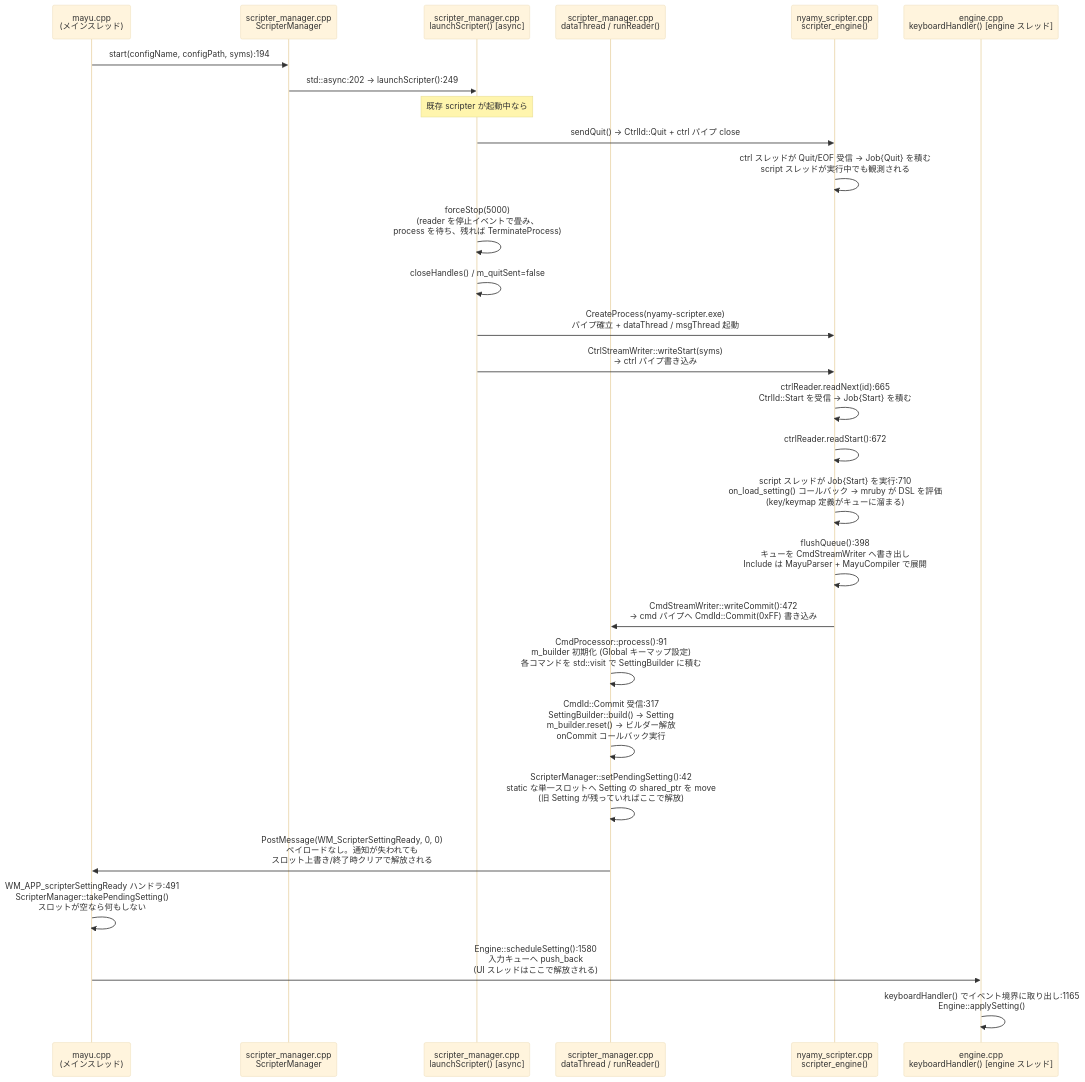
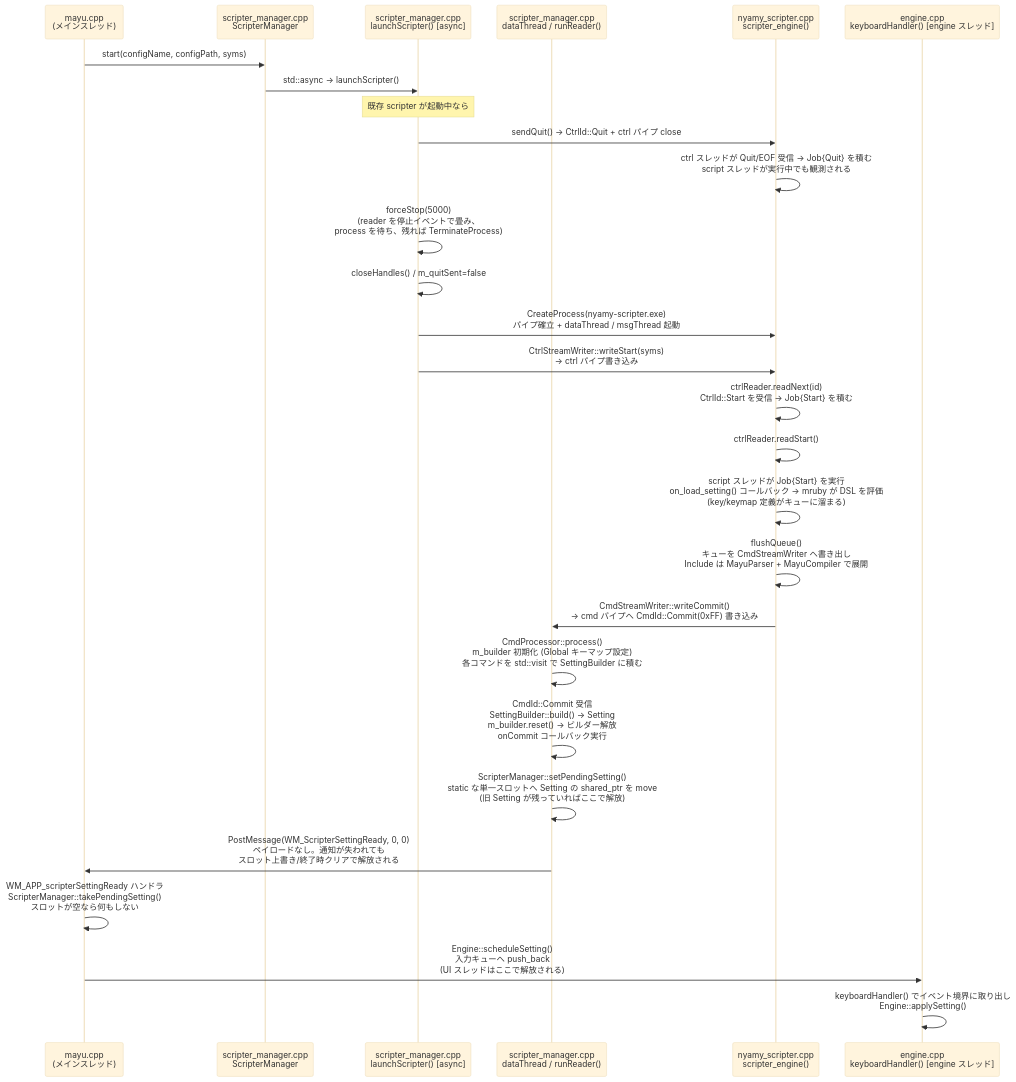
The third of 7 diagrams in doc/event-flow.md (vmi/nyamy), drawn with Mermaid (base theme) before and after one commit. The commit also changed other lines of this file and 6 other files, not shown here.

````diff
--- a/doc/event-flow.md
+++ b/doc/event-flow.md
@@ -226,40 +226,40 @@
 ```mermaid
 ---
 config:
   layout: elk
 ---
 sequenceDiagram
     participant mayu as mayu.cpp<br/>(メインスレッド)
     participant sm as scripter_manager.cpp<br/>ScripterManager
     participant async as scripter_manager.cpp<br/>launchScripter() [async]
     participant dt as scripter_manager.cpp<br/>dataThread / runReader()
     participant sc as nyamy_scripter.cpp<br/>scripter_engine()
     participant eng as engine.cpp<br/>keyboardHandler() [engine スレッド]
 
-    mayu->>sm: start(configName, configPath, syms):194
-    sm->>async: std::async:202 → launchScripter():249
+    mayu->>sm: start(configName, configPath, syms)
+    sm->>async: std::async → launchScripter()
 
     Note over async: 既存 scripter が起動中なら
     async->>sc: sendQuit() → CtrlId::Quit + ctrl パイプ close
     sc->>sc: ctrl スレッドが Quit/EOF 受信 → Job{Quit} を積む<br/>script スレッドが実行中でも観測される
     async->>async: forceStop(5000)<br/>(reader を停止イベントで畳み、<br/>process を待ち、残れば TerminateProcess)
     async->>async: closeHandles() / m_quitSent=false
 
     async->>sc: CreateProcess(nyamy-scripter.exe)<br/>パイプ確立 + dataThread / msgThread 起動
     async->>sc: CtrlStreamWriter::writeStart(syms)<br/>→ ctrl パイプ書き込み
 
-    sc->>sc: ctrlReader.readNext(id):665<br/>CtrlId::Start を受信 → Job{Start} を積む
-    sc->>sc: ctrlReader.readStart():672
-    sc->>sc: script スレッドが Job{Start} を実行:710<br/>on_load_setting() コールバック → mruby が DSL を評価<br/>(key/keymap 定義がキューに溜まる)
-    sc->>sc: flushQueue():398<br/>キューを CmdStreamWriter へ書き出し<br/>Include は MayuParser + MayuCompiler で展開
-    sc->>dt: CmdStreamWriter::writeCommit():472<br/>→ cmd パイプへ CmdId::Commit(0xFF) 書き込み
+    sc->>sc: ctrlReader.readNext(id)<br/>CtrlId::Start を受信 → Job{Start} を積む
+    sc->>sc: ctrlReader.readStart()
+    sc->>sc: script スレッドが Job{Start} を実行<br/>on_load_setting() コールバック → mruby が DSL を評価<br/>(key/keymap 定義がキューに溜まる)
+    sc->>sc: flushQueue()<br/>キューを CmdStreamWriter へ書き出し<br/>Include は MayuParser + MayuCompiler で展開
+    sc->>dt: CmdStreamWriter::writeCommit()<br/>→ cmd パイプへ CmdId::Commit(0xFF) 書き込み
 
-    dt->>dt: CmdProcessor::process():91<br/>m_builder 初期化 (Global キーマップ設定)<br/>各コマンドを std::visit で SettingBuilder に積む
-    dt->>dt: CmdId::Commit 受信:317<br/>SettingBuilder::build() → Setting<br/>m_builder.reset() → ビルダー解放<br/>onCommit コールバック実行
-    dt->>dt: ScripterManager::setPendingSetting():42<br/>static な単一スロットへ Setting の shared_ptr を move<br/>(旧 Setting が残っていればここで解放)
+    dt->>dt: CmdProcessor::process()<br/>m_builder 初期化 (Global キーマップ設定)<br/>各コマンドを std::visit で SettingBuilder に積む
+    dt->>dt: CmdId::Commit 受信<br/>SettingBuilder::build() → Setting<br/>m_builder.reset() → ビルダー解放<br/>onCommit コールバック実行
+    dt->>dt: ScripterManager::setPendingSetting()<br/>static な単一スロットへ Setting の shared_ptr を move<br/>(旧 Setting が残っていればここで解放)
     dt->>mayu: PostMessage(WM_ScripterSettingReady, 0, 0)<br/>ペイロードなし。通知が失われても<br/>スロット上書き/終了時クリアで解放される
 
-    mayu->>mayu: WM_APP_scripterSettingReady ハンドラ:491<br/>ScripterManager::takePendingSetting()<br/>スロットが空なら何もしない
-    mayu->>eng: Engine::scheduleSetting():1580<br/>入力キューへ push_back<br/>(UI スレッドはここで解放される)
-    eng->>eng: keyboardHandler() でイベント境界に取り出し:1165<br/>Engine::applySetting()
+    mayu->>mayu: WM_APP_scripterSettingReady ハンドラ<br/>ScripterManager::takePendingSetting()<br/>スロットが空なら何もしない
+    mayu->>eng: Engine::scheduleSetting()<br/>入力キューへ push_back<br/>(UI スレッドはここで解放される)
+    eng->>eng: keyboardHandler() でイベント境界に取り出し<br/>Engine::applySetting()
 ```
````
